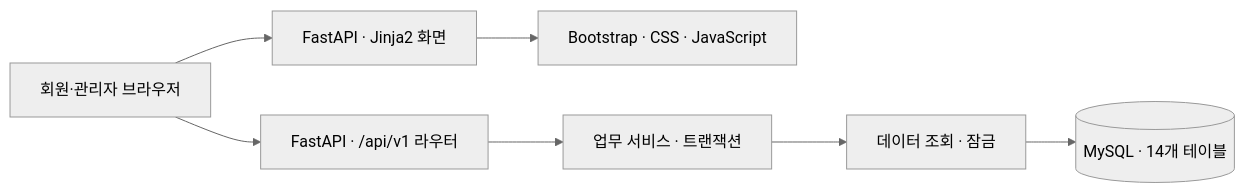
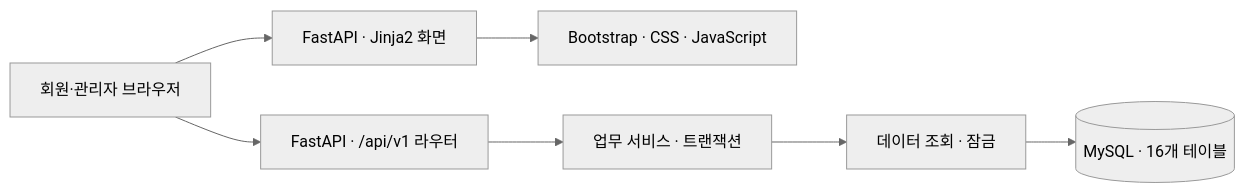
The diagram in docs/설계서.md (sasiljangnan2/Database-Project), drawn with Mermaid (neutral theme) before and after one commit. The commit also changed other lines of this file and 101 other files, not shown here.

````diff
--- a/docs/설계서.md
+++ b/docs/설계서.md
@@ -36,9 +36,9 @@
 ```mermaid
 flowchart LR
     Browser[회원·관리자 브라우저] --> Web[FastAPI · Jinja2 화면]
     Browser --> Router[FastAPI · /api/v1 라우터]
     Web --> Static[Bootstrap · CSS · JavaScript]
     Router --> Service[업무 서비스 · 트랜잭션]
     Service --> Repository[데이터 조회 · 잠금]
-    Repository --> DB[(MySQL · 14개 테이블)]
+    Repository --> DB[(MySQL · 16개 테이블)]
 ```
````
